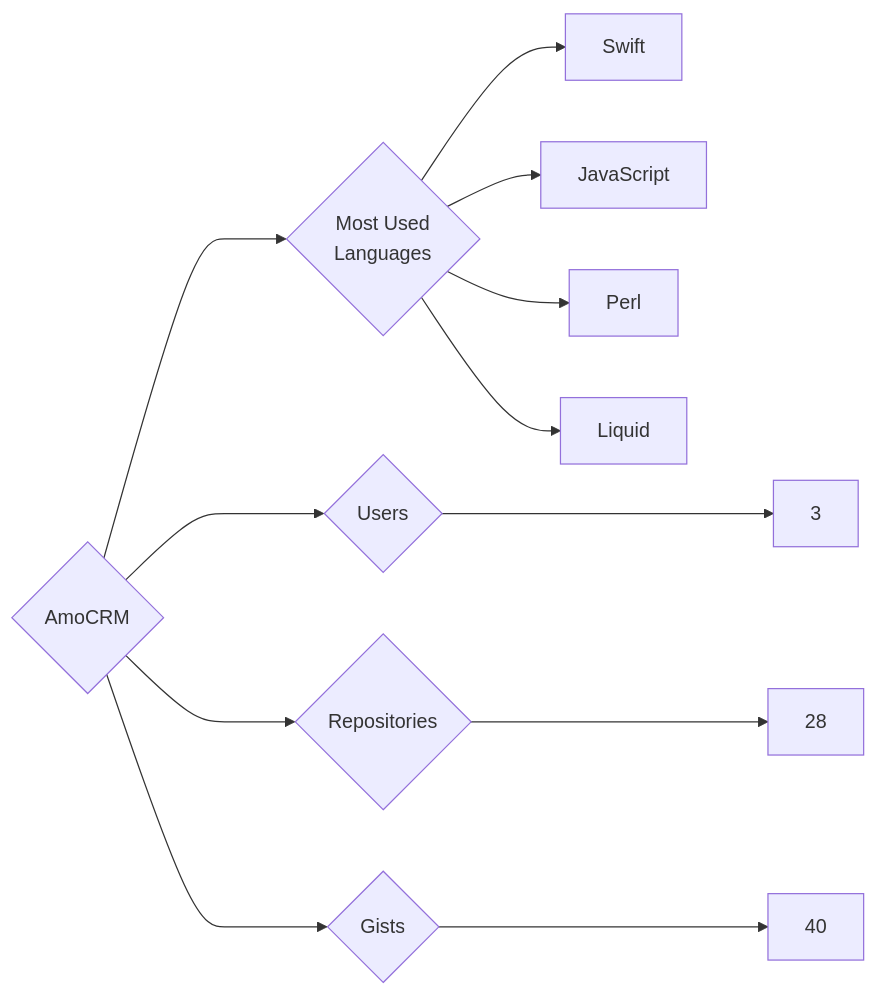
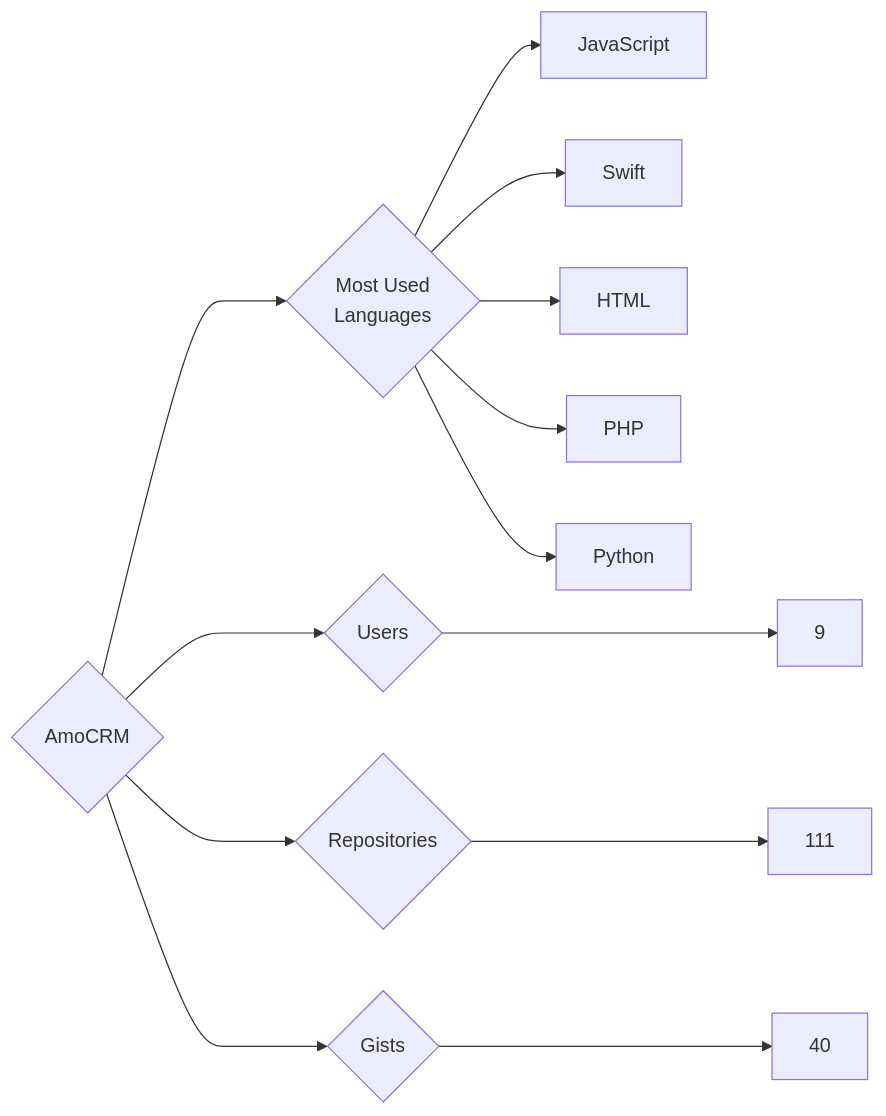
Before and after one commit to trickest/insiders: the diagram in targets/AmoCRM/README.md, drawn with Mermaid. The commit also changed 823 other files, not shown here.

````diff
--- a/targets/AmoCRM/README.md
+++ b/targets/AmoCRM/README.md
@@ -3,12 +3,13 @@
 ```mermaid
 graph LR
 COMPANY_NAME{AmoCRM}
-COMPANY_NAME ---> U{Users} ---> UN[3]
-COMPANY_NAME ---> R{Repositories} ---> RN[28]
+COMPANY_NAME ---> U{Users} ---> UN[9]
+COMPANY_NAME ---> R{Repositories} ---> RN[111]
 COMPANY_NAME ---> G{Gists} ---> GN[40]
 COMPANY_NAME ---> ML{Most Used<br>Languages}
+ML --> JavaScript[JavaScript]
 ML --> Swift[Swift]
-ML --> JavaScript[JavaScript]
-ML --> Perl[Perl]
-ML --> Liquid[Liquid]
+ML --> HTML[HTML]
+ML --> PHP[PHP]
+ML --> Python[Python]
 ```
````
